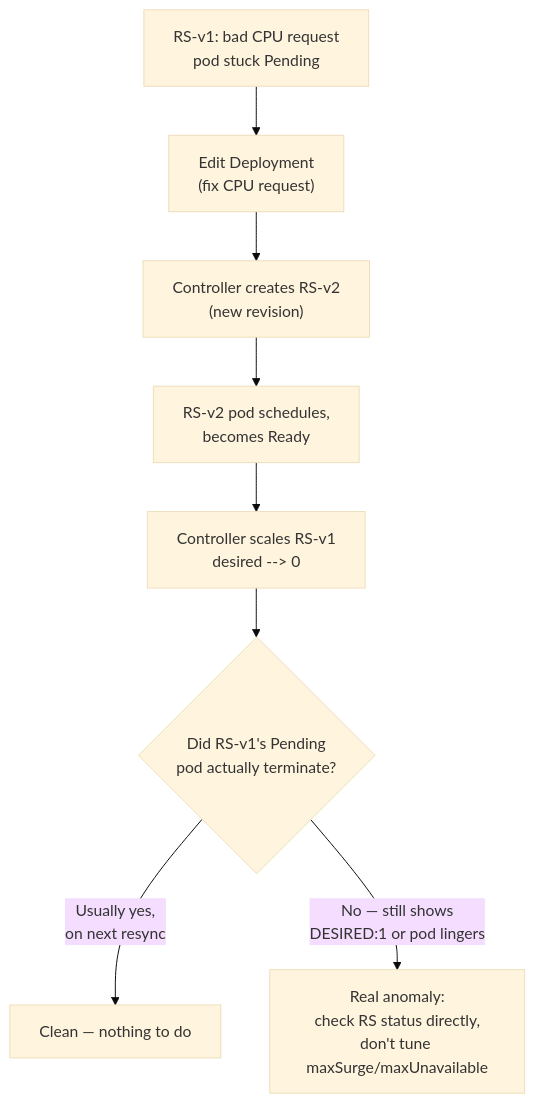
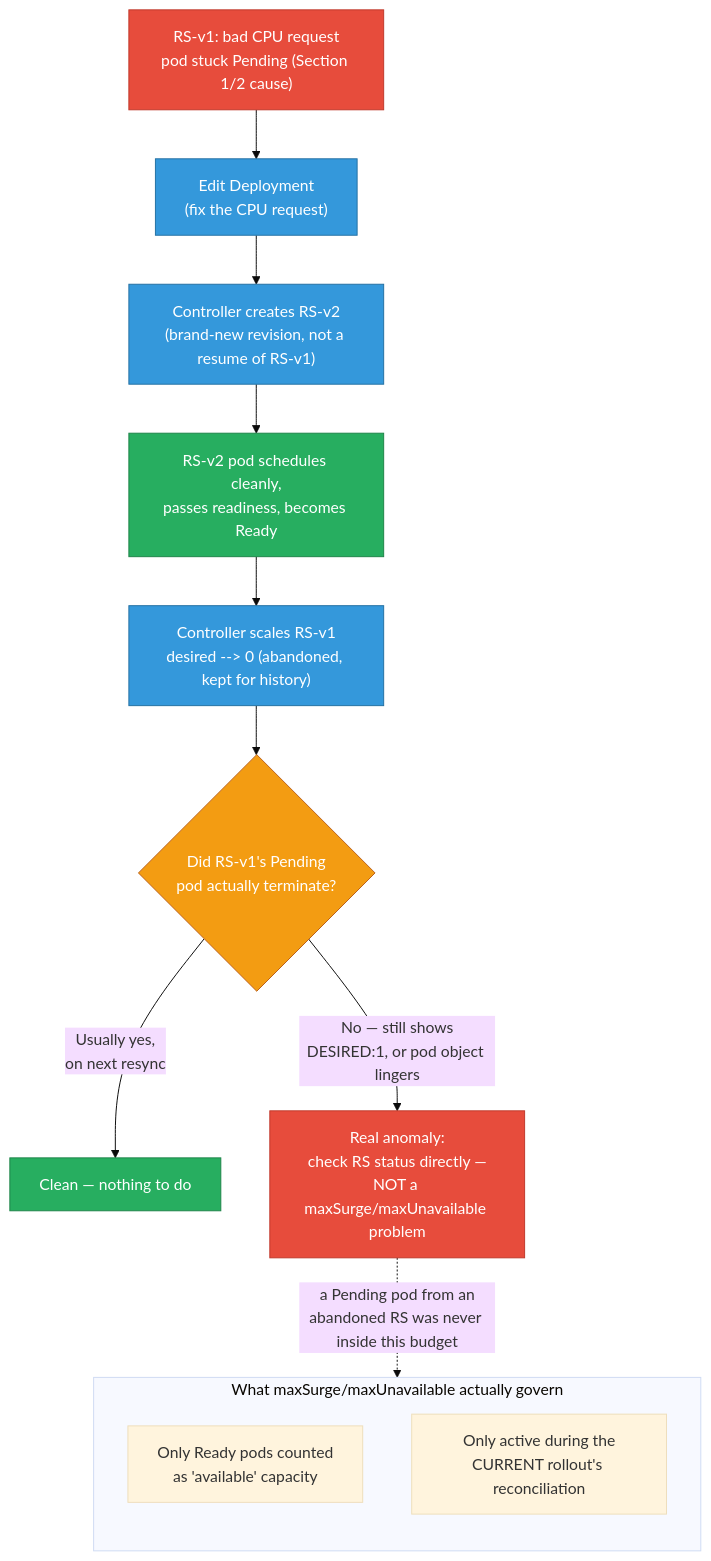
One commit to deepanshu-rawat6/DevOpsIndex changed the third of 8 diagrams in sre/scenarios-scheduling-scaling.md. Above: the diagram before and after it, drawn with Mermaid (base theme). The commit also changed other lines of this file and 10 other files, not shown here.

````diff
--- a/sre/scenarios-scheduling-scaling.md
+++ b/sre/scenarios-scheduling-scaling.md
@@ -152,10 +238,23 @@
 ```mermaid
 flowchart TD
-    A["RS-v1: bad CPU request<br/>pod stuck Pending"] --> B["Edit Deployment<br/>(fix CPU request)"]
-    B --> C["Controller creates RS-v2<br/>(new revision)"]
-    C --> D["RS-v2 pod schedules,<br/>becomes Ready"]
-    D --> E["Controller scales RS-v1<br/>desired --> 0"]
-    E --> F{"Did RS-v1's Pending<br/>pod actually terminate?"}
-    F -- "Usually yes,<br/>on next resync" --> G["Clean — nothing to do"]
-    F -- "No — still shows<br/>DESIRED:1 or pod lingers" --> H["Real anomaly:<br/>check RS status directly,<br/>don't tune maxSurge/maxUnavailable"]
+    classDef bad fill:#e74c3c,stroke:#c0392b,color:#fff
+    classDef action fill:#3498db,stroke:#2471a3,color:#fff
+    classDef decision fill:#f39c12,stroke:#ba6018,color:#fff
+    classDef good fill:#27ae60,stroke:#1e8449,color:#fff
+    classDef anomaly fill:#e74c3c,stroke:#c0392b,color:#fff
+
+    A["RS-v1: bad CPU request<br/>pod stuck Pending (Section 1/2 cause)"]:::bad --> B["Edit Deployment<br/>(fix the CPU request)"]:::action
+    B --> C["Controller creates RS-v2<br/>(brand-new revision, not a resume of RS-v1)"]:::action
+    C --> D["RS-v2 pod schedules cleanly,<br/>passes readiness, becomes Ready"]:::good
+    D --> E["Controller scales RS-v1<br/>desired --> 0 (abandoned, kept for history)"]:::action
+    E --> F{"Did RS-v1's Pending<br/>pod actually terminate?"}:::decision
+    F -- "Usually yes,<br/>on next resync" --> G["Clean — nothing to do"]:::good
+    F -- "No — still shows<br/>DESIRED:1, or pod object lingers" --> H["Real anomaly:<br/>check RS status directly —<br/>NOT a maxSurge/maxUnavailable problem"]:::anomaly
+
+    subgraph BUDGET["What maxSurge/maxUnavailable actually govern"]
+        direction TB
+        BG1["Only Ready pods counted<br/>as 'available' capacity"]
+        BG2["Only active during the<br/>CURRENT rollout's reconciliation"]
+    end
+    H -.->|"a Pending pod from an<br/>abandoned RS was never inside this budget"| BUDGET
 ```
````
